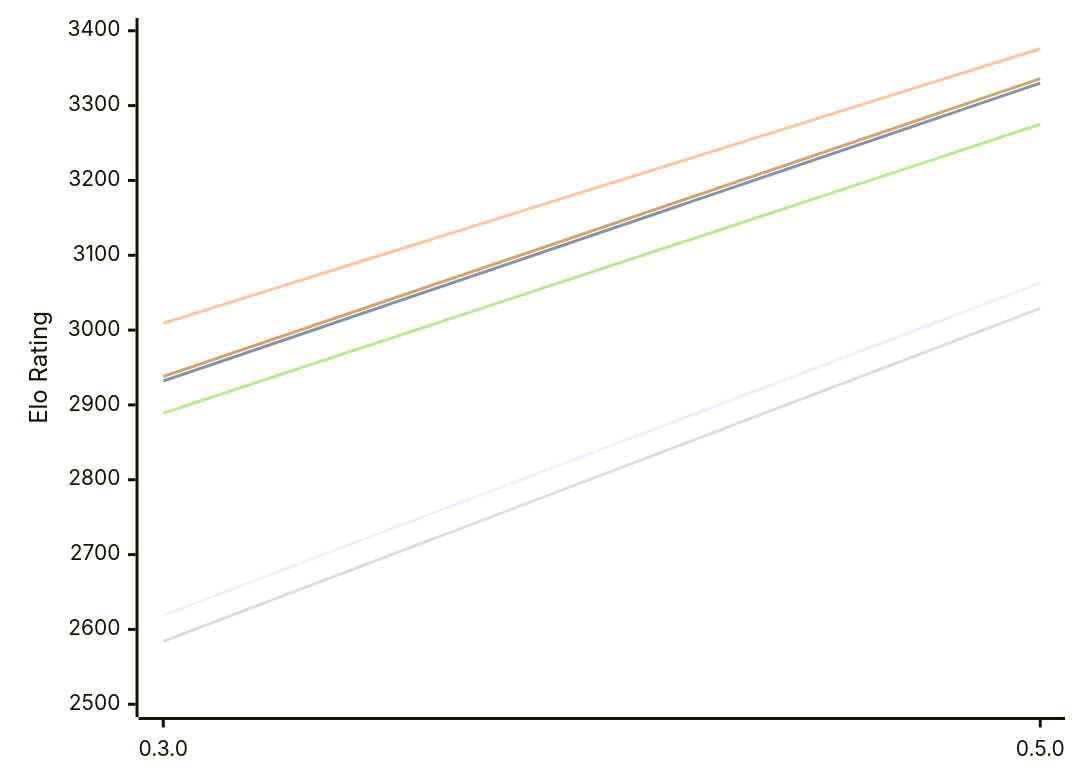
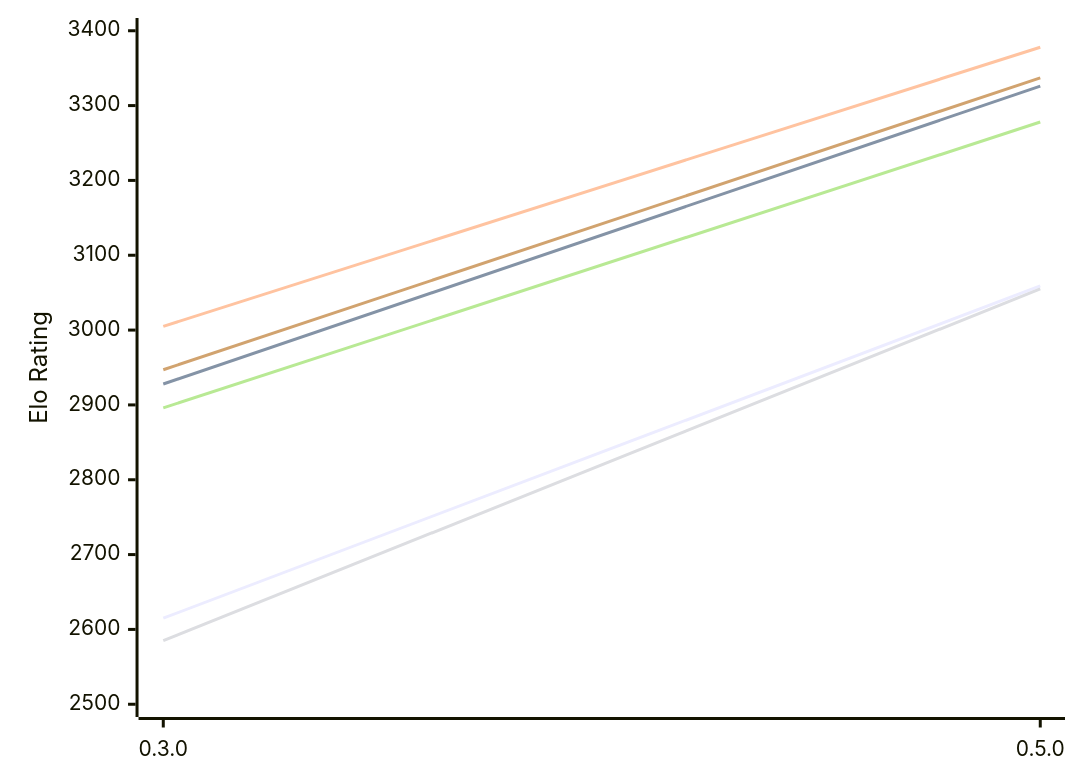
Before and after one commit to computer-chess-index/cci: the diagram in engines/Crustik.md, drawn with Mermaid. The commit also changed other lines of this file, not shown here.

Commit message:
Update CCI Ratings (ELO VLTC) - 2026-11-21

````diff
--- a/engines/Crustik.md
+++ b/engines/Crustik.md
@@ -49,12 +49,12 @@
 ```mermaid
 %%{init: {"theme":"base","themeVariables":{"seriesColors:['#a3a3a3','#222221','#faa371']}}}%%
 xychart-beta
   x-axis ["0.3.0", "0.5.0"]
   y-axis "Elo Rating" 2500 --> 3400
-  line "E1: STC (8.0+0.08s)" [2619, 3063]
-  line "E1: LTC (60.0+0.60s)" [2932, 3330]
-  line "E1: VLTC (2m24s+1.12s)" [3009, 3376]
-  line "P1: STC (8.0+0.08s)" [2584, 3029]
-  line "P1: LTC (60.0+0.60s)" [2889, 3275]
-  line "P1: VLTC (2m24s+1.12s)" [2938, 3336]
+  line "E1: STC (8.0+0.08s)" [2615, 3059]
+  line "E1: LTC (60.0+0.60s)" [2928, 3326]
+  line "E1: VLTC (2m24s+1.12s)" [3005, 3378]
+  line "P1: STC (8.0+0.08s)" [2585, 3055]
+  line "P1: LTC (60.0+0.60s)" [2896, 3278]
+  line "P1: VLTC (2m24s+1.12s)" [2947, 3337]
 ```
````
